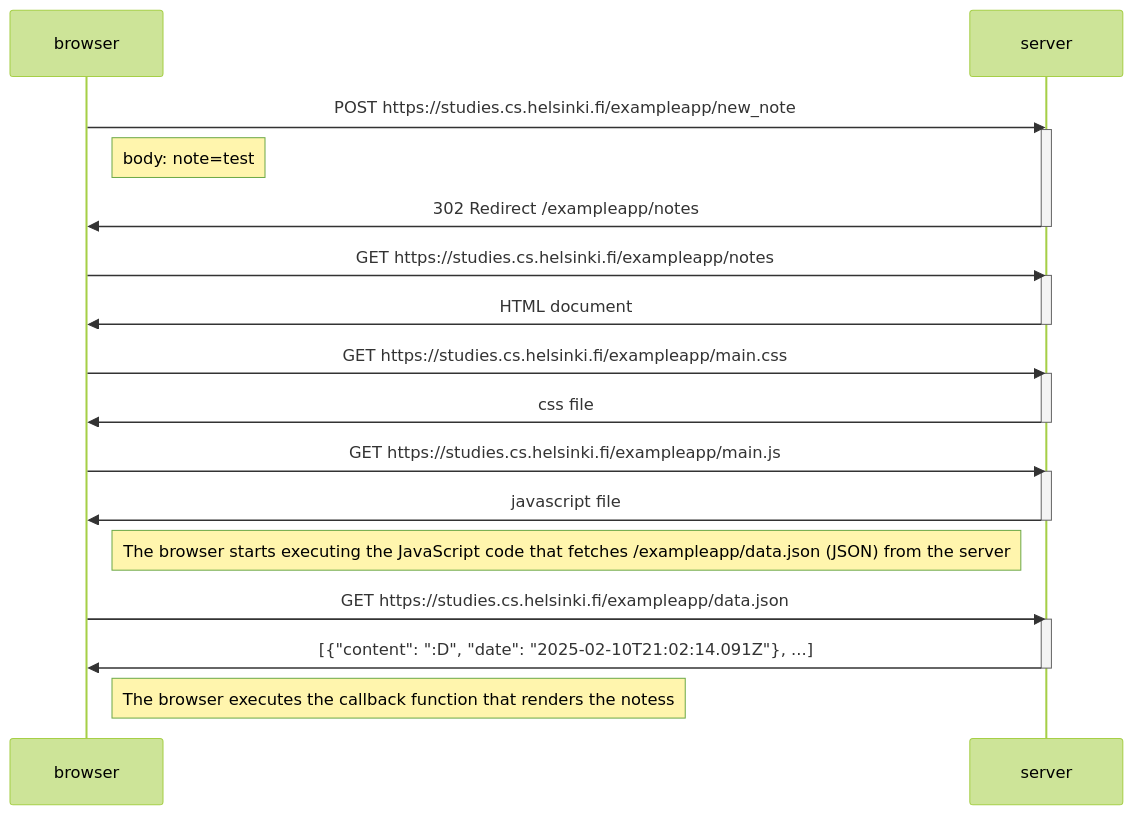
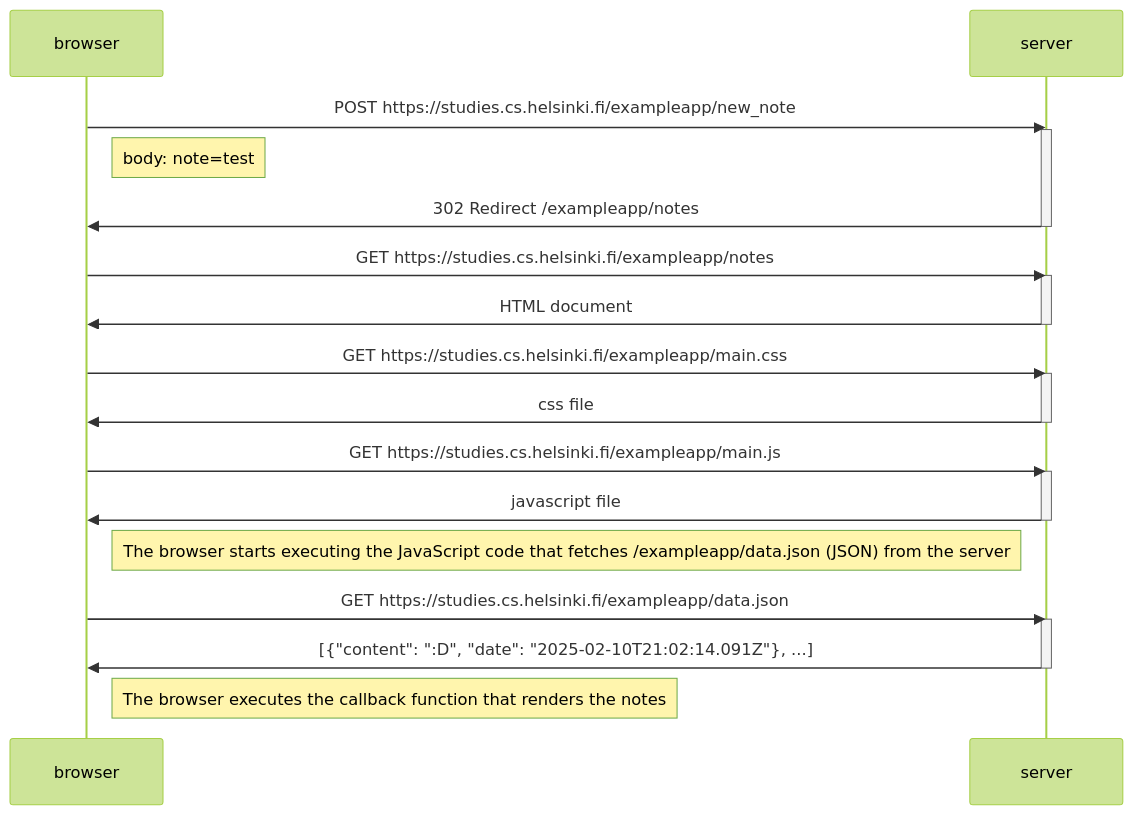
One commit to marmalademds/full-stack-open changed the diagram in part0/newnotediagram/sequenceDiagram.md. Above: the diagram before and after it, drawn with Mermaid (forest theme). The commit also changed 2 other files, not shown here.

Commit message:
feat/spa-diagram

````diff
--- a/part0/newnotediagram/sequenceDiagram.md
+++ b/part0/newnotediagram/sequenceDiagram.md
@@ -1,36 +1,36 @@
 ```mermaid
 sequenceDiagram
     participant browser
     participant server
 
     browser->>server: POST https://studies.cs.helsinki.fi/exampleapp/new_note 
     activate server
     Note right of browser: body: note=test
     server->>browser: 302 Redirect /exampleapp/notes
     deactivate server
 
     browser->>server: GET https://studies.cs.helsinki.fi/exampleapp/notes
     activate server
     server->>browser: HTML document
     deactivate server
 
     browser->>server: GET https://studies.cs.helsinki.fi/exampleapp/main.css
     activate server
     server->>browser: css file
     deactivate server
 
     browser->>server: GET https://studies.cs.helsinki.fi/exampleapp/main.js
     activate server
     server->>browser: javascript file
     deactivate server
 
     Note right of browser: The browser starts executing the JavaScript code that fetches /exampleapp/data.json (JSON) from the server
 
     browser->>server: GET https://studies.cs.helsinki.fi/exampleapp/data.json
     activate server
     server->>browser: [{"content": ":D", "date": "2025-02-10T21:02:14.091Z"}, ...]
     deactivate server
 
-    Note right of browser: The browser executes the callback function that renders the notess
+    Note right of browser: The browser executes the callback function that renders the notes
 
 ```
````
